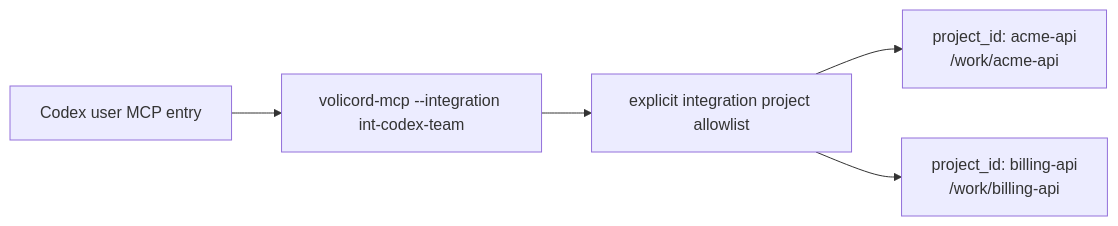
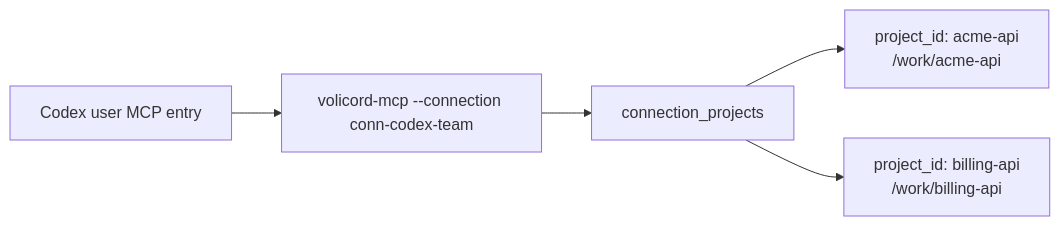
The diagram in docs/en/guides/multi-repository-agent-setup.md (minjungw00/Harness_Project), drawn with Mermaid before and after one commit. The commit also changed other lines of this file and 127 other files, not shown here.

````diff
--- a/docs/en/guides/multi-repository-agent-setup.md
+++ b/docs/en/guides/multi-repository-agent-setup.md
@@ -7,13 +7,13 @@
 ```mermaid
 flowchart LR
   host[Codex user MCP entry]
-  process["volicord-mcp --integration int-codex-team"]
-  allowlist[explicit integration project allowlist]
+  process["volicord-mcp --connection conn-codex-team"]
+  memberships[connection_projects]
   a["project_id: acme-api<br/>/work/acme-api"]
   b["project_id: billing-api<br/>/work/billing-api"]
 
   host --> process
-  process --> allowlist
-  allowlist --> a
-  allowlist --> b
+  process --> memberships
+  memberships --> a
+  memberships --> b
 ```
````
